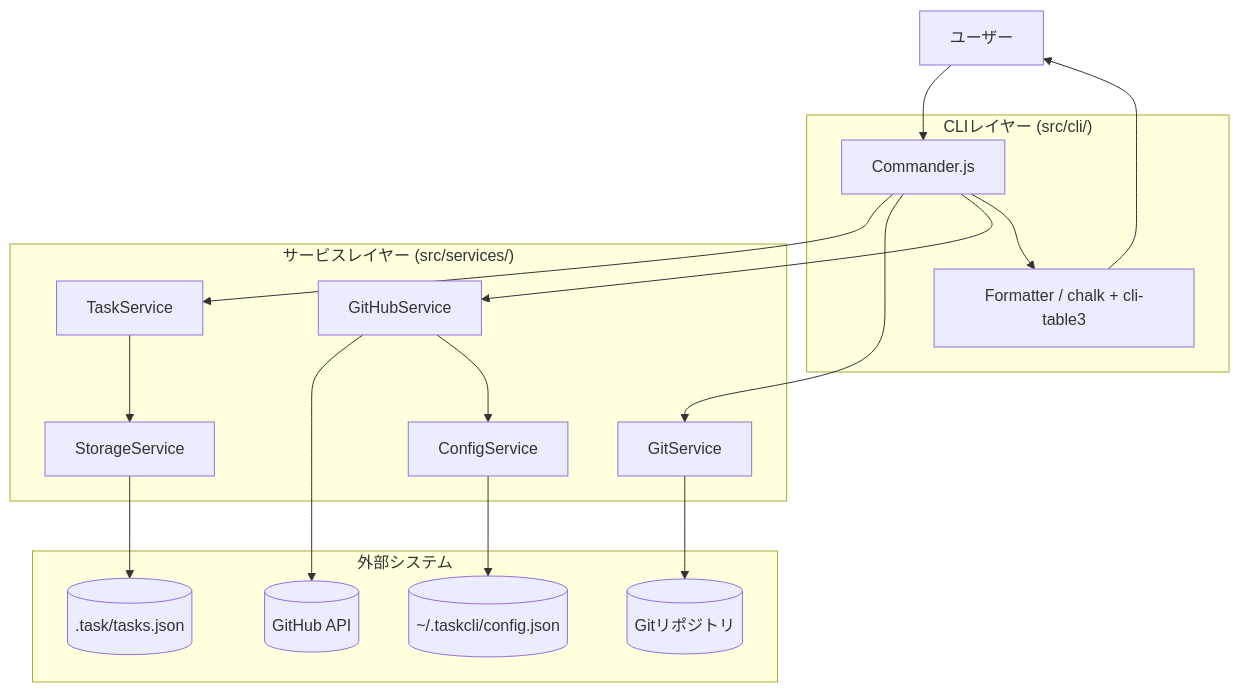
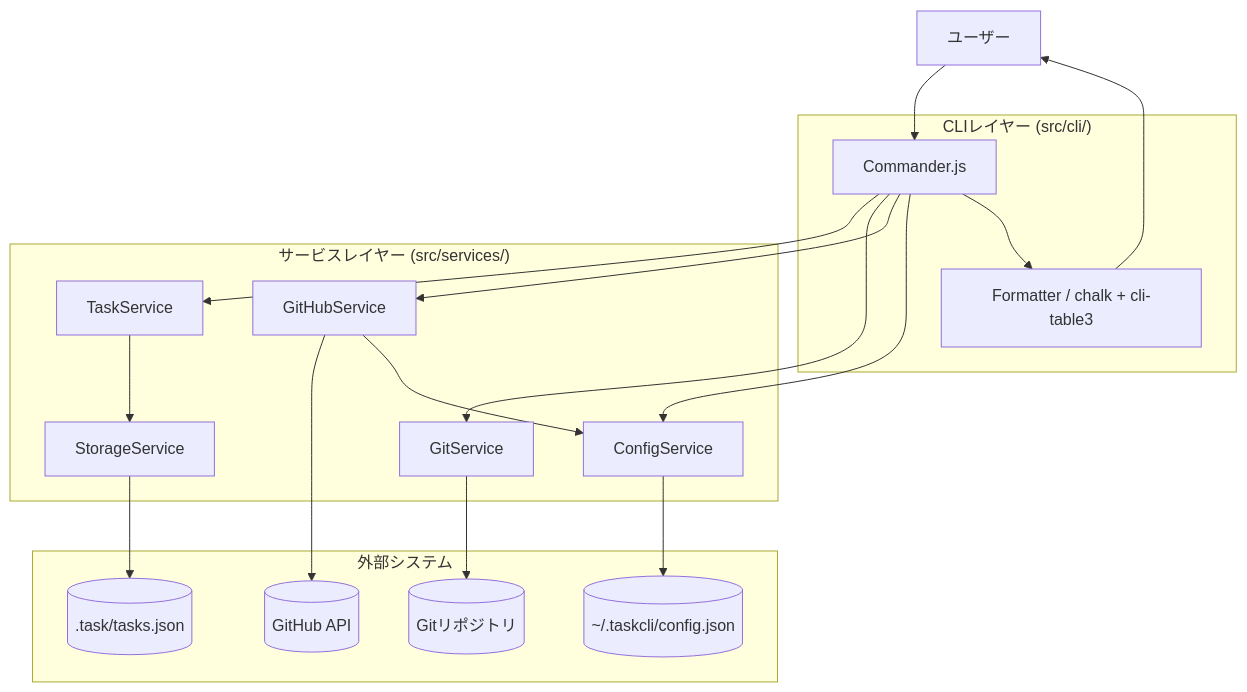
One commit to kakikubo/claude-code-book-chapter8 changed the diagram in docs/architecture.md. Above: the diagram before and after it, drawn with Mermaid. The commit also changed other lines of this file and 2 other files, not shown here.

First line of the commit message:
architecture.md のレビュー指摘事項を反映してドキュメント整合性を改善

````diff
--- a/docs/architecture.md
+++ b/docs/architecture.md
@@ -80,37 +87,38 @@
 ```mermaid
 graph TB
     User[ユーザー]
 
     subgraph CLI["CLIレイヤー (src/cli/)"]
         Commander[Commander.js]
         Formatter[Formatter / chalk + cli-table3]
     end
 
     subgraph Services["サービスレイヤー (src/services/)"]
         TaskService[TaskService]
         GitService[GitService]
         GitHubService[GitHubService]
         ConfigService[ConfigService]
         StorageService[StorageService]
     end
 
     subgraph External["外部システム"]
         GitRepo[(Gitリポジトリ)]
         GitHub[(GitHub API)]
         TaskJSON[(.task/tasks.json)]
         ConfigJSON[(~/.taskcli/config.json)]
     end
 
     User --> Commander
     Commander --> TaskService
     Commander --> GitService
     Commander --> GitHubService
+    Commander --> ConfigService
     TaskService --> StorageService
     GitService --> GitRepo
     GitHubService --> GitHub
     GitHubService --> ConfigService
     ConfigService --> ConfigJSON
     StorageService --> TaskJSON
     Commander --> Formatter
     Formatter --> User
 ```
````
